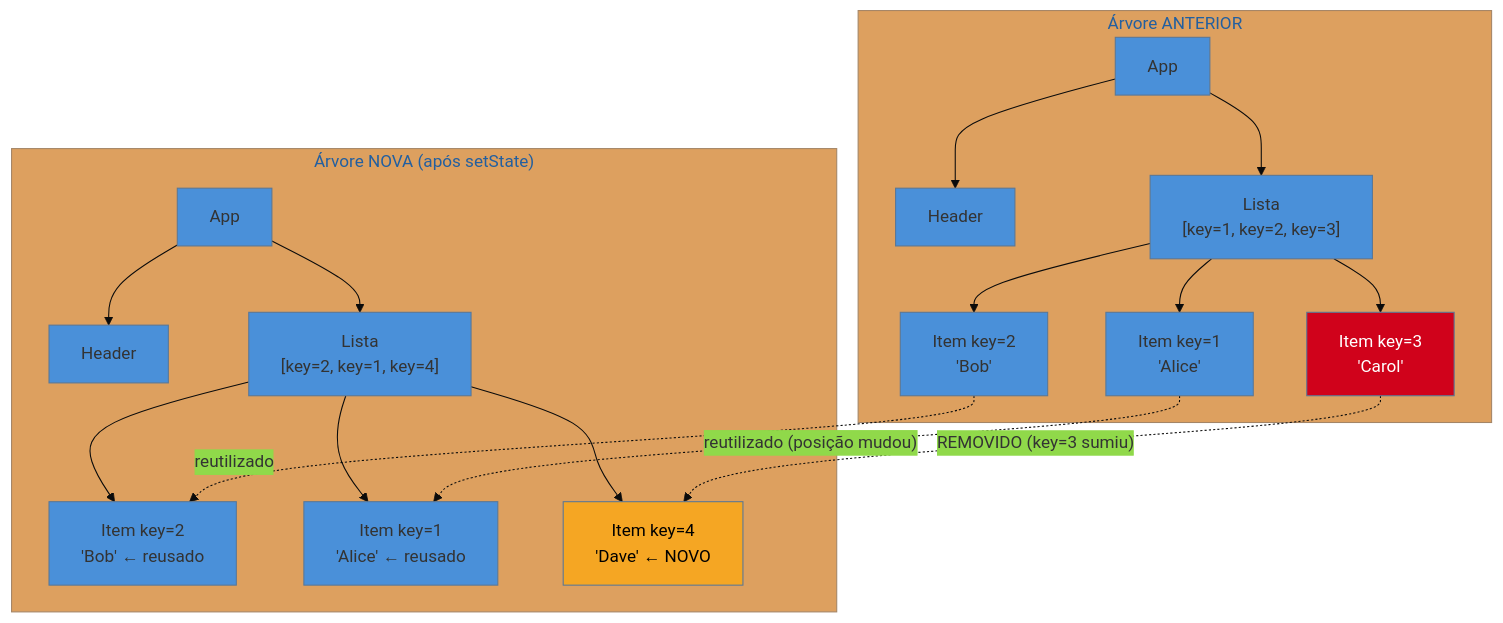
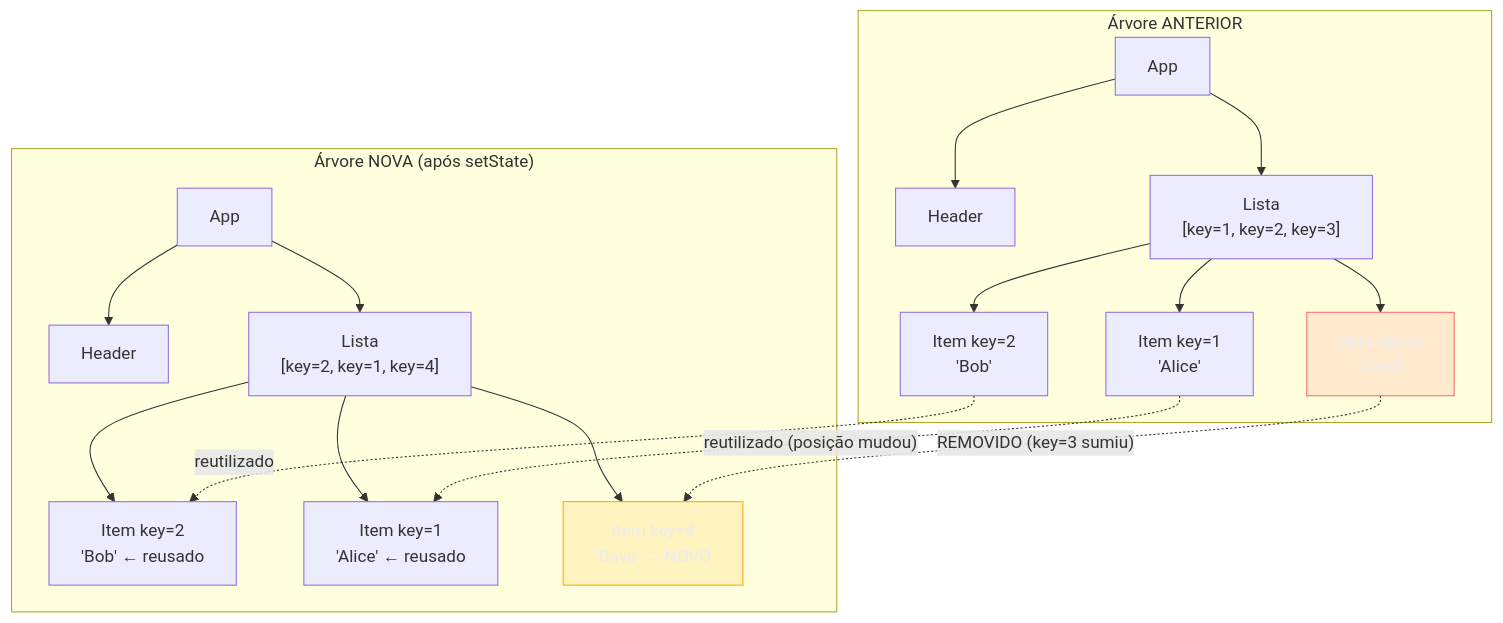
The third of 3 diagrams in 03-Dominios/Tecnologia/React/React core/16 - Reconciliation e diffing a fundo.md (josenaldo/codex-technomanticus), drawn with Mermaid before and after one commit. The commit also changed other lines of this file and 1181 other files, not shown here.

First line of the commit message:
fix(diagramas): paleta do sistema no lugar de cor cravada no markdown

````diff
--- a/03-Dominios/Tecnologia/React/React core/16 - Reconciliation e diffing a fundo.md
+++ b/03-Dominios/Tecnologia/React/React core/16 - Reconciliation e diffing a fundo.md
@@ -325,26 +327,27 @@
 ```mermaid
-%%{init: {"theme": "base", "themeVariables": {"primaryColor": "#4A90D9"}}}%%
 graph TB
+    classDef destaque fill:#FFAA0024,stroke:#FFAA00,color:#E9ECF2
+    classDef falha fill:#FF6B6B24,stroke:#FF6B6B,color:#E9ECF2
     subgraph "Árvore ANTERIOR"
         OA["App"] --> OH["Header"]
         OA --> OL["Lista\n[key=1, key=2, key=3]"]
         OL --> OI1["Item key=1\n'Alice'"]
         OL --> OI2["Item key=2\n'Bob'"]
         OL --> OI3["Item key=3\n'Carol'"]
     end
 
     subgraph "Árvore NOVA (após setState)"
         NA["App"] --> NH["Header"]
         NA --> NL["Lista\n[key=2, key=1, key=4]"]
         NL --> NI2["Item key=2\n'Bob' ← reusado"]
         NL --> NI1["Item key=1\n'Alice' ← reusado"]
         NL --> NI4["Item key=4\n'Dave' ← NOVO"]
     end
 
     OI1 -. "reutilizado (posição mudou)" .-> NI1
     OI2 -. "reutilizado" .-> NI2
     OI3 -. "REMOVIDO (key=3 sumiu)" .-> NI4
 
-    style NI4 fill:#F5A623,color:#000
-    style OI3 fill:#D0021B,color:#fff
+    class NI4 destaque
+    class OI3 falha
 ```
````
